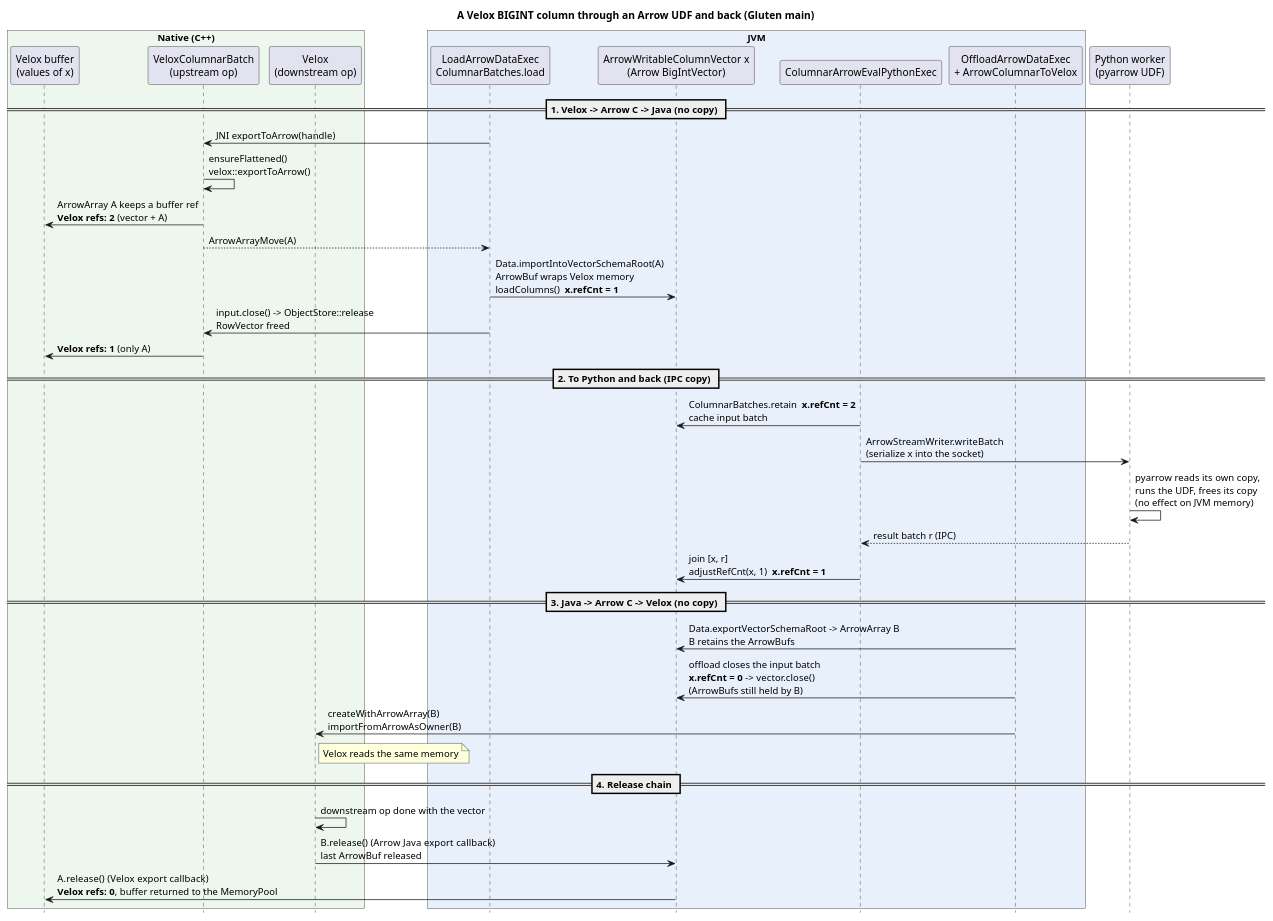
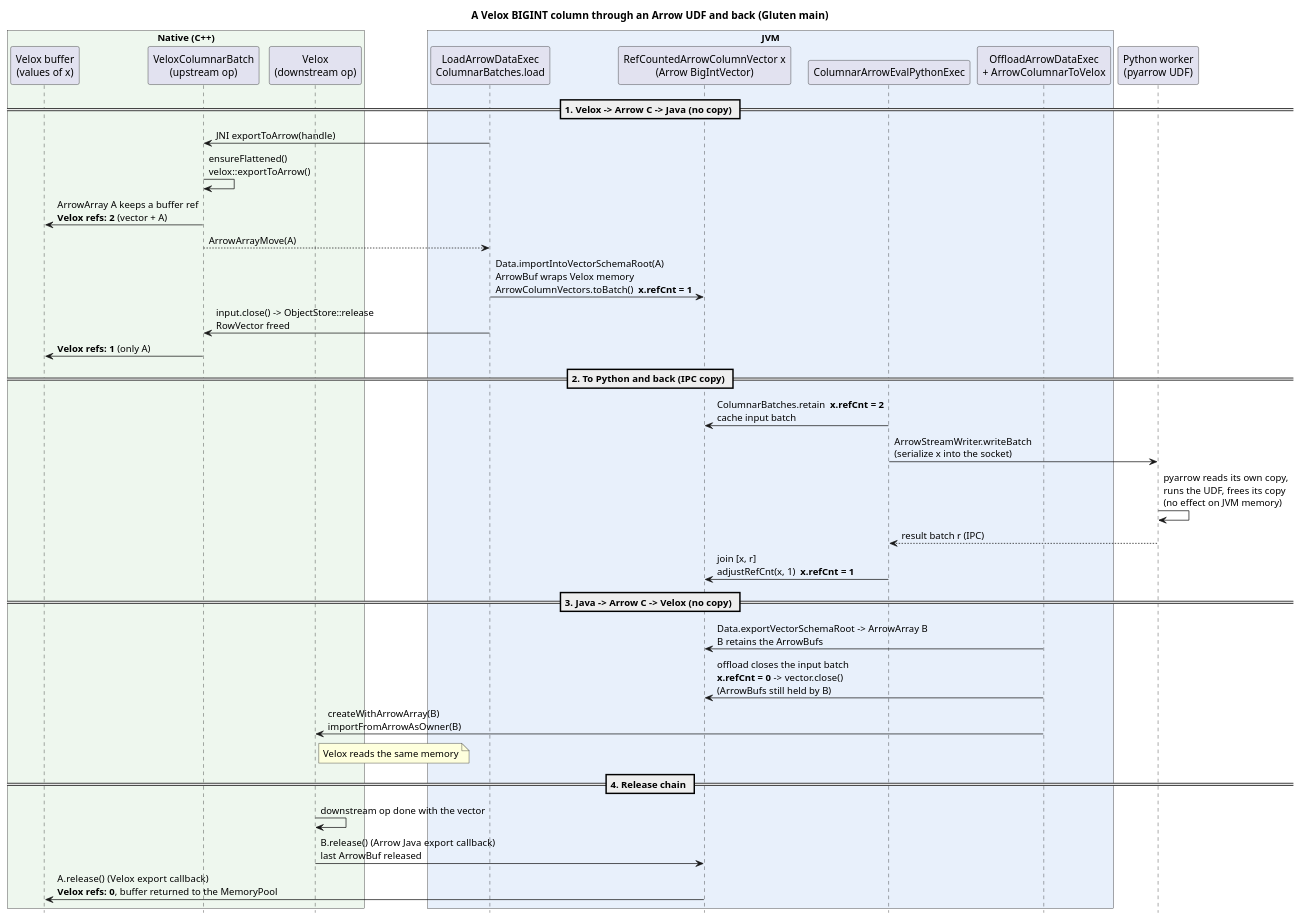
Before and after one commit to zhouyuan/gluten: the first of 2 diagrams in docs/backends/velox/developers/ArrowColumnarConversion.md, drawn with PlantUML. The commit also changed other lines of this file and 32 other files, not shown here.

First line of the commit message:
[GLUTEN-13140][VL] Replace ArrowWritableColumnVector with Spark's ArrowColumnVector and ArrowWriter (#13280)

````diff
--- a/docs/backends/velox/developers/ArrowColumnarConversion.md
+++ b/docs/backends/velox/developers/ArrowColumnarConversion.md
@@ -167,50 +176,50 @@
 ```plantuml
 @startuml VeloxColumnArrowUdfLifecycle
 skinparam shadowing false
 skinparam sequenceMessageAlign left
 skinparam responseMessageBelowArrow true
 hide footbox
 
 title A Velox BIGINT column through an Arrow UDF and back (Gluten main)
 
 box "Native (C++)" #EEF7EE
 participant "Velox buffer\n(values of x)" as Buf
 participant "VeloxColumnarBatch\n(upstream op)" as VB
 participant "Velox\n(downstream op)" as VD
 end box
 box "JVM" #E8F0FB
 participant "LoadArrowDataExec\nColumnarBatches.load" as Load
-participant "ArrowWritableColumnVector x\n(Arrow BigIntVector)" as X
+participant "RefCountedArrowColumnVector x\n(Arrow BigIntVector)" as X
 participant "ColumnarArrowEvalPythonExec" as Py
 participant "OffloadArrowDataExec\n+ ArrowColumnarToVelox" as Off
 end box
 participant "Python worker\n(pyarrow UDF)" as W
 
 == 1. Velox -> Arrow C -> Java (no copy) ==
 Load -> VB : JNI exportToArrow(handle)
 VB -> VB : ensureFlattened()\nvelox::exportToArrow()
 VB -> Buf : ArrowArray A keeps a buffer ref\n<b>Velox refs: 2</b> (vector + A)
 VB --> Load : ArrowArrayMove(A)
-Load -> X : Data.importIntoVectorSchemaRoot(A)\nArrowBuf wraps Velox memory\nloadColumns()  <b>x.refCnt = 1</b>
+Load -> X : Data.importIntoVectorSchemaRoot(A)\nArrowBuf wraps Velox memory\nArrowColumnVectors.toBatch()  <b>x.refCnt = 1</b>
 Load -> VB : input.close() -> ObjectStore::release\nRowVector freed
 VB -> Buf : <b>Velox refs: 1</b> (only A)
 
 == 2. To Python and back (IPC copy) ==
 Py -> X : ColumnarBatches.retain  <b>x.refCnt = 2</b>\ncache input batch
 Py -> W : ArrowStreamWriter.writeBatch\n(serialize x into the socket)
 W -> W : pyarrow reads its own copy,\nruns the UDF, frees its copy\n(no effect on JVM memory)
 W --> Py : result batch r (IPC)
 Py -> X : join [x, r]\nadjustRefCnt(x, 1)  <b>x.refCnt = 1</b>
 
 == 3. Java -> Arrow C -> Velox (no copy) ==
 Off -> X : Data.exportVectorSchemaRoot -> ArrowArray B\nB retains the ArrowBufs
 Off -> X : offload closes the input batch\n<b>x.refCnt = 0</b> -> vector.close()\n(ArrowBufs still held by B)
 Off -> VD : createWithArrowArray(B)\nimportFromArrowAsOwner(B)
 note right of VD : Velox reads the same memory
 
 == 4. Release chain ==
 VD -> VD : downstream op done with the vector
 VD -> X : B.release()  (Arrow Java export callback)\nlast ArrowBuf released
 X -> Buf : A.release()  (Velox export callback)\n<b>Velox refs: 0</b>, buffer returned to the MemoryPool
 @enduml
 ```
````
